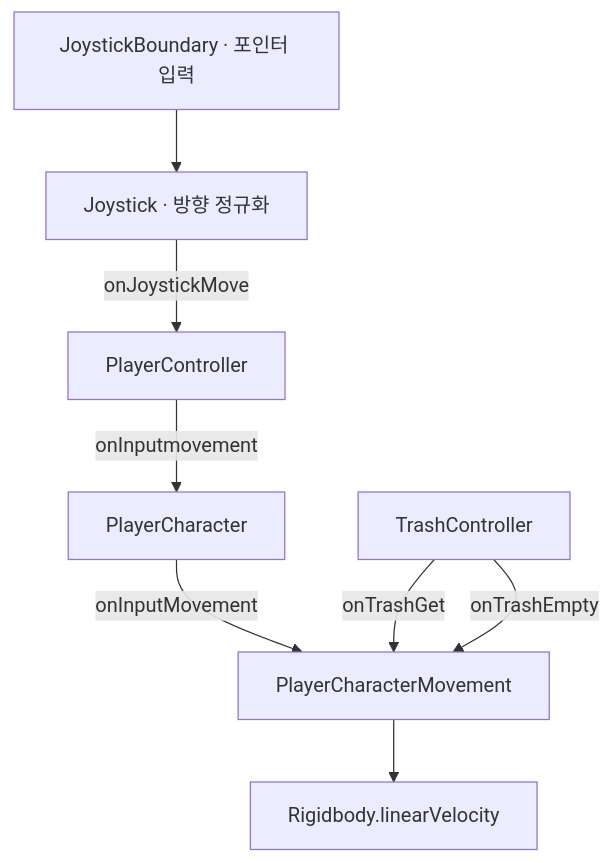
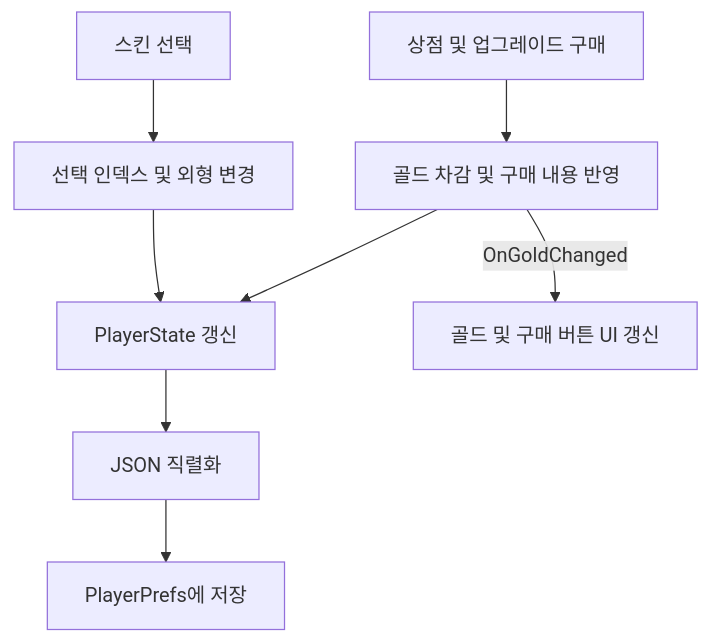
The sixth of 6 diagrams in README.md (Git-JBI/Clean_It_Up), drawn with Mermaid before and after one commit. The commit also changed other lines of this file, not shown here.

Commit message:
docs: reorganize portfolio implementation sections and diagrams

````diff
--- a/README.md
+++ b/README.md
@@ -79,10 +178,10 @@
 ```mermaid
 flowchart TD
-    A[JoystickBoundary · 포인터 입력] --> B[Joystick · 방향 정규화]
-    B -->|onJoystickMove| C[PlayerController]
-    C -->|onInputmovement| D[PlayerCharacter]
-    D -->|onInputMovement| E[PlayerCharacterMovement]
-    E --> F[Rigidbody.linearVelocity]
-    G[TrashController] -->|onTrashGet| E
-    G -->|onTrashEmpty| E
+    A[상점 및 업그레이드 구매] --> B[골드 차감 및 구매 내용 반영]
+    C[스킨 선택] --> D[선택 인덱스 및 외형 변경]
+    B --> E[PlayerState 갱신]
+    D --> E
+    B -->|OnGoldChanged| F[골드 및 구매 버튼 UI 갱신]
+    E --> G[JSON 직렬화]
+    G --> H[PlayerPrefs에 저장]
 ```
````
